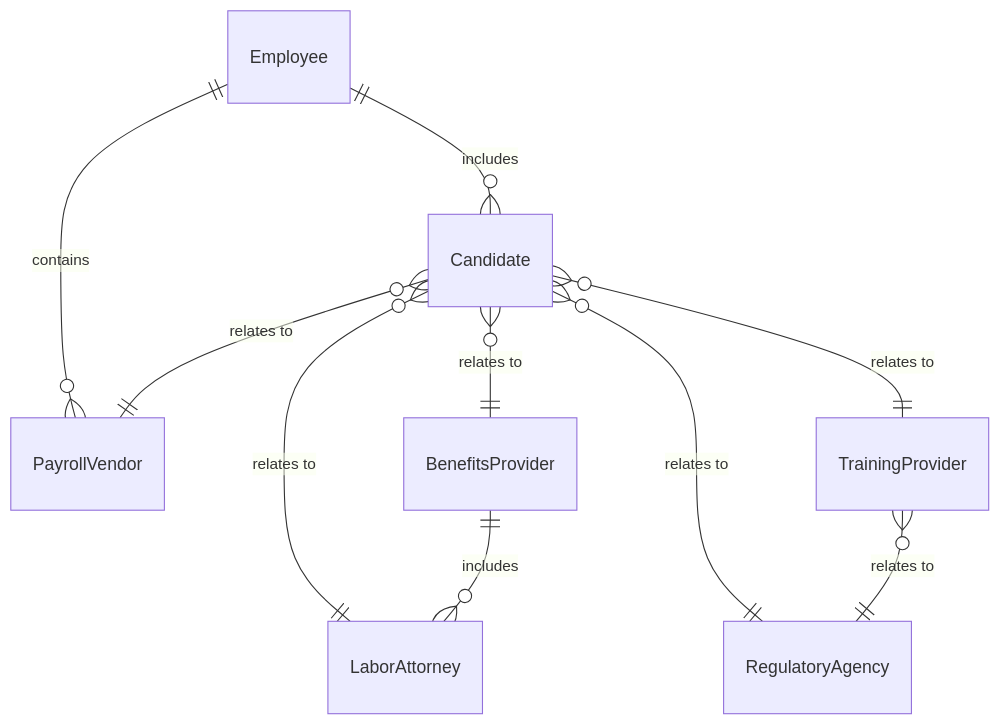
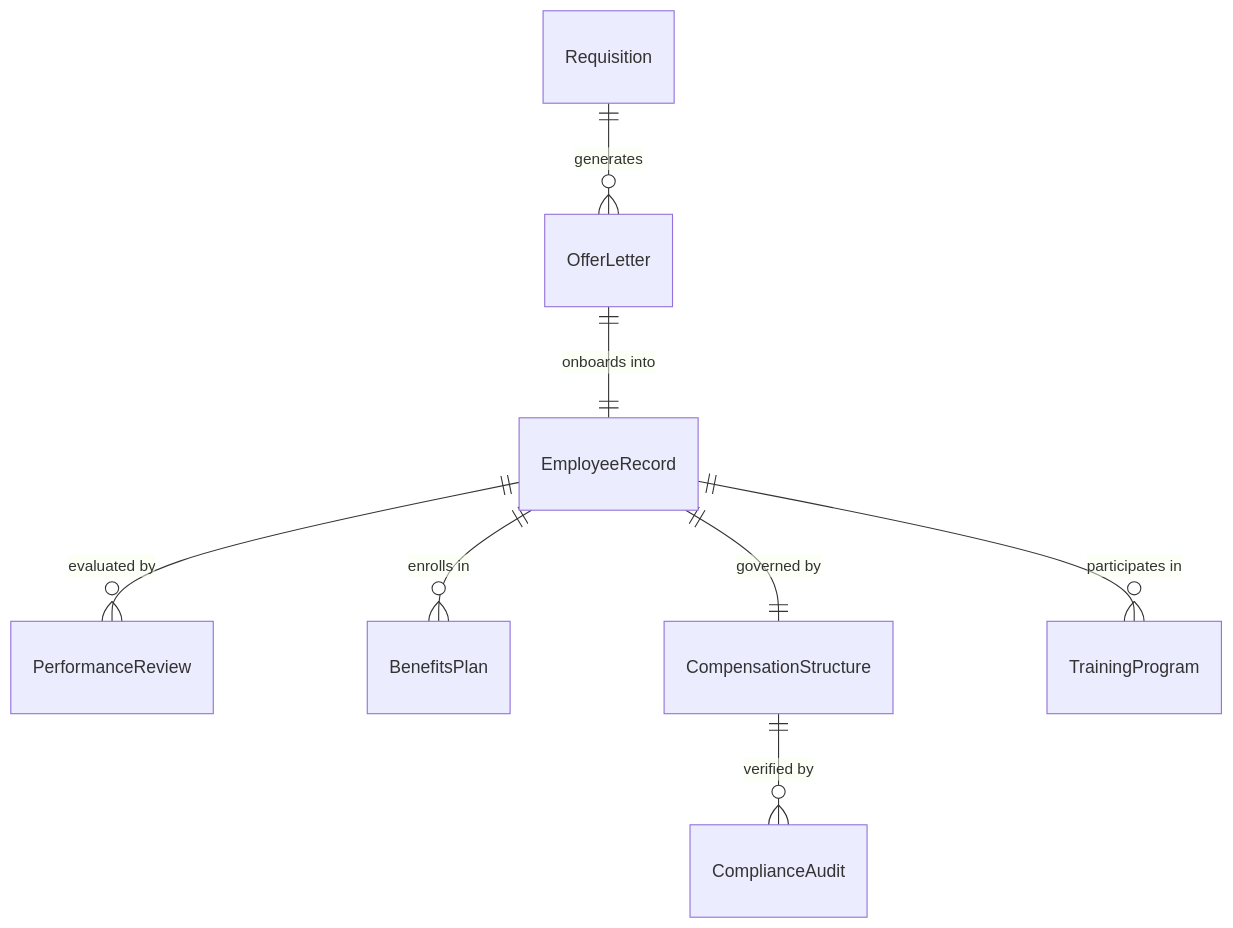
One commit to dot-org-ai/tasks.org.ai changed the first of 4 diagrams in GuidingDirectingAndMotivatingSubordinates/ManageHumanResourcesActivities/ManageHumanResourcesActivities.mdx. Above: the diagram before and after it, drawn with Mermaid. The commit also changed other lines of this file and 515 other files, not shown here.

````diff
--- a/GuidingDirectingAndMotivatingSubordinates/ManageHumanResourcesActivities/ManageHumanResourcesActivities.mdx
+++ b/GuidingDirectingAndMotivatingSubordinates/ManageHumanResourcesActivities/ManageHumanResourcesActivities.mdx
@@ -96,12 +96,10 @@
 ```mermaid
 erDiagram
-    Employee ||--o{ Candidate : includes
-    Employee ||--o{ PayrollVendor : contains
-    Candidate }o--|| BenefitsProvider : "relates to"
-    Candidate }o--|| LaborAttorney : "relates to"
-    Candidate }o--|| PayrollVendor : "relates to"
-    Candidate }o--|| TrainingProvider : "relates to"
-    Candidate }o--|| RegulatoryAgency : "relates to"
-    BenefitsProvider ||--o{ LaborAttorney : includes
-    TrainingProvider }o--|| RegulatoryAgency : "relates to"
+    Requisition ||--o{ OfferLetter : "generates"
+    OfferLetter ||--|| EmployeeRecord : "onboards into"
+    EmployeeRecord ||--o{ PerformanceReview : "evaluated by"
+    EmployeeRecord ||--o{ BenefitsPlan : "enrolls in"
+    EmployeeRecord ||--|| CompensationStructure : "governed by"
+    CompensationStructure ||--o{ ComplianceAudit : "verified by"
+    EmployeeRecord ||--o{ TrainingProgram : "participates in"
 ```
````
